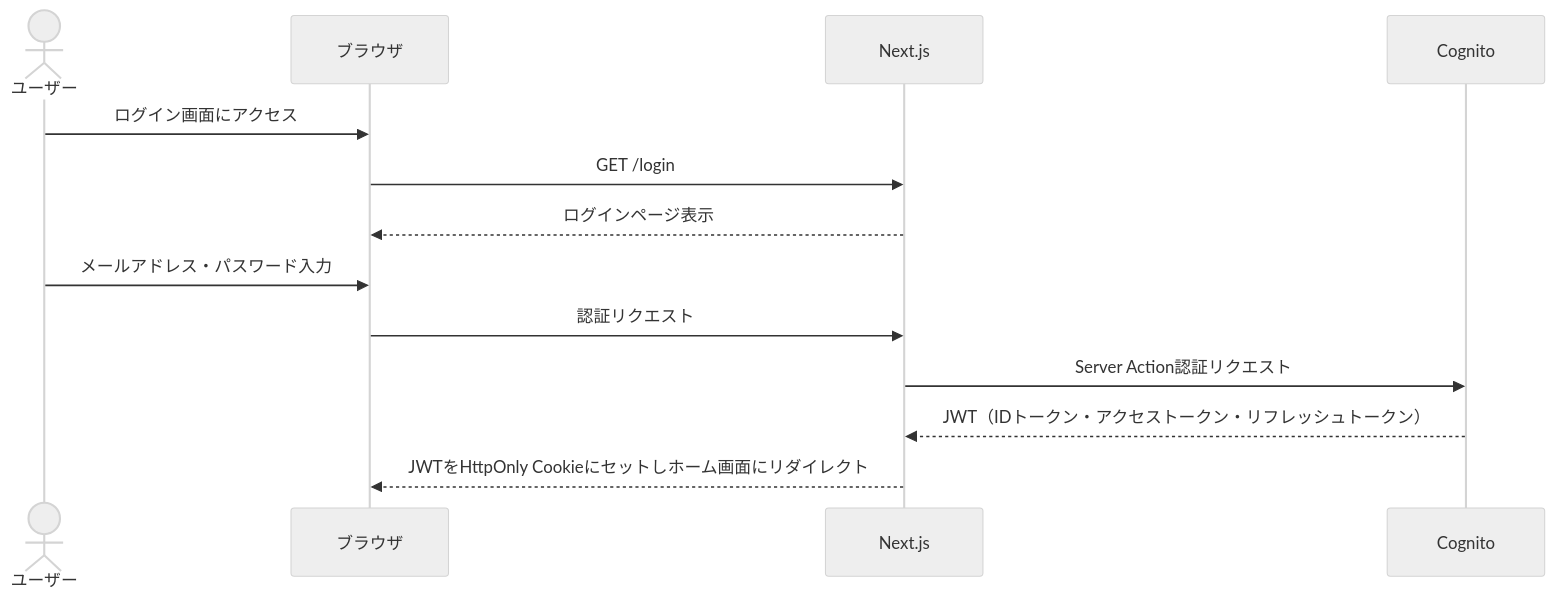
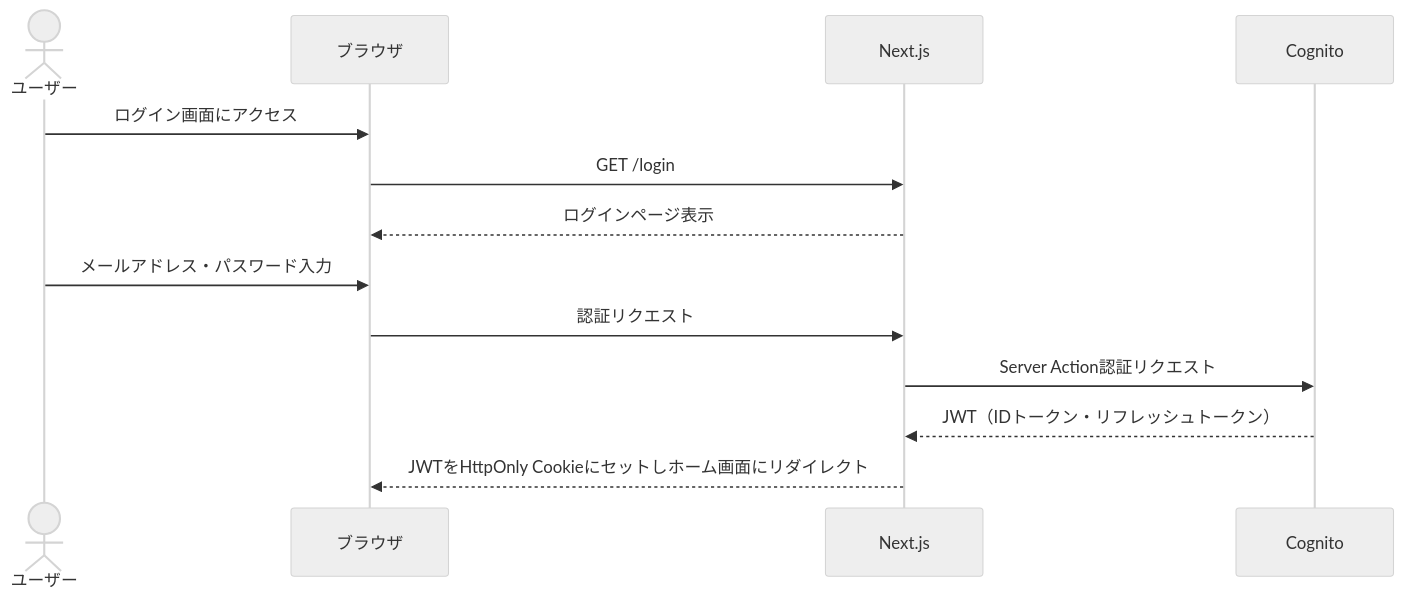
One commit to sakurai1126/chii-piyo changed the first of 9 diagrams in docs/sequence.md. Above: the diagram before and after it, drawn with Mermaid (neutral theme). The commit also changed other lines of this file and 1 other file, not shown here.

````diff
--- a/docs/sequence.md
+++ b/docs/sequence.md
@@ -22,18 +22,18 @@
 ```mermaid
 sequenceDiagram
     actor User as ユーザー
     participant Browser as ブラウザ
     participant Next as Next.js
     participant Cognito as Cognito
 
     User->>Browser: ログイン画面にアクセス
     Browser->>Next: GET /login
     Next-->>Browser: ログインページ表示
 
     User->>Browser: メールアドレス・パスワード入力
     Browser->>Next: 認証リクエスト
     Next->>Cognito: Server Action認証リクエスト
-    Cognito-->>Next: JWT（IDトークン・アクセストークン・リフレッシュトークン）
+    Cognito-->>Next: JWT（IDトークン・リフレッシュトークン）
 
     Next-->>Browser: JWTをHttpOnly Cookieにセットしホーム画面にリダイレクト
 ```
````
